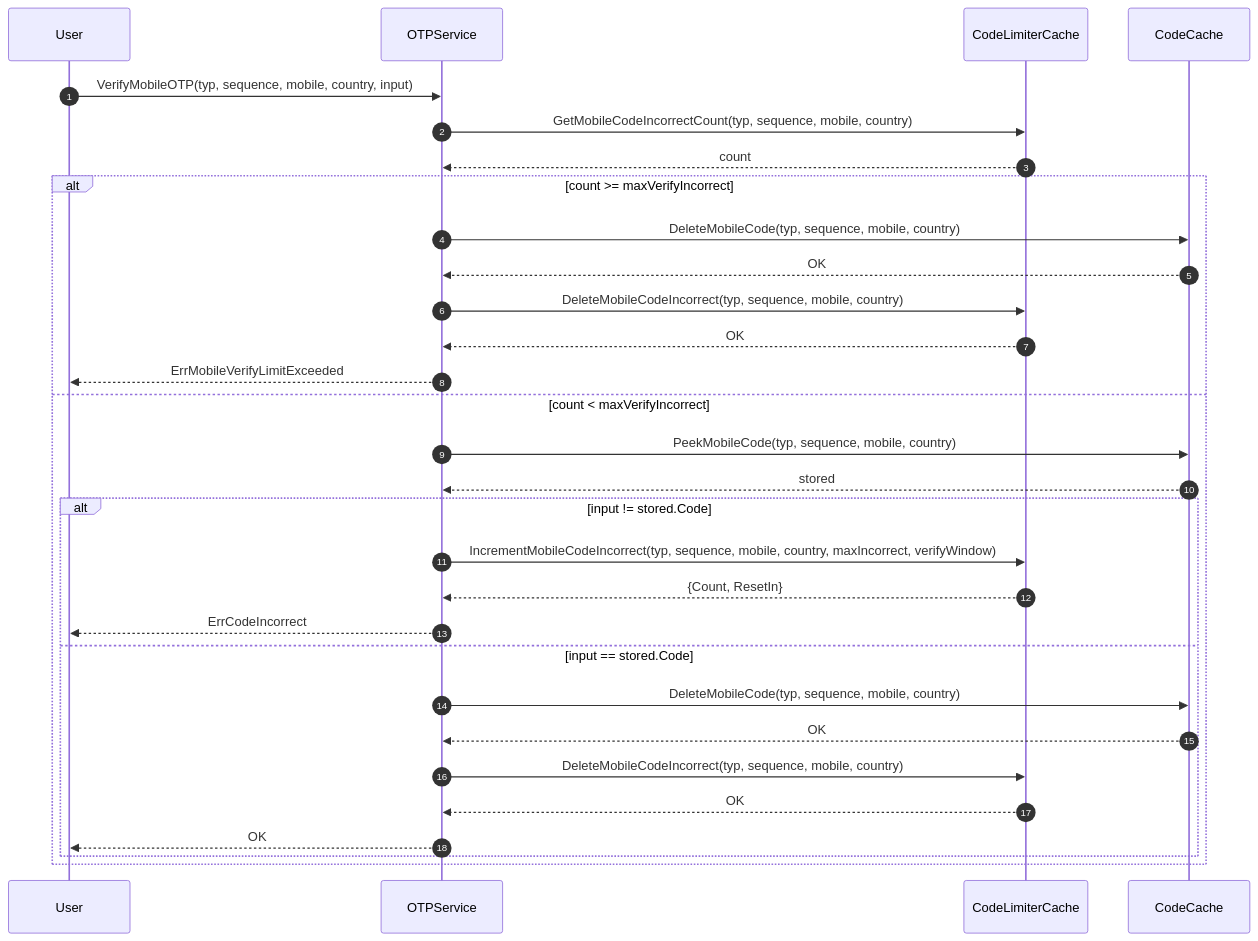
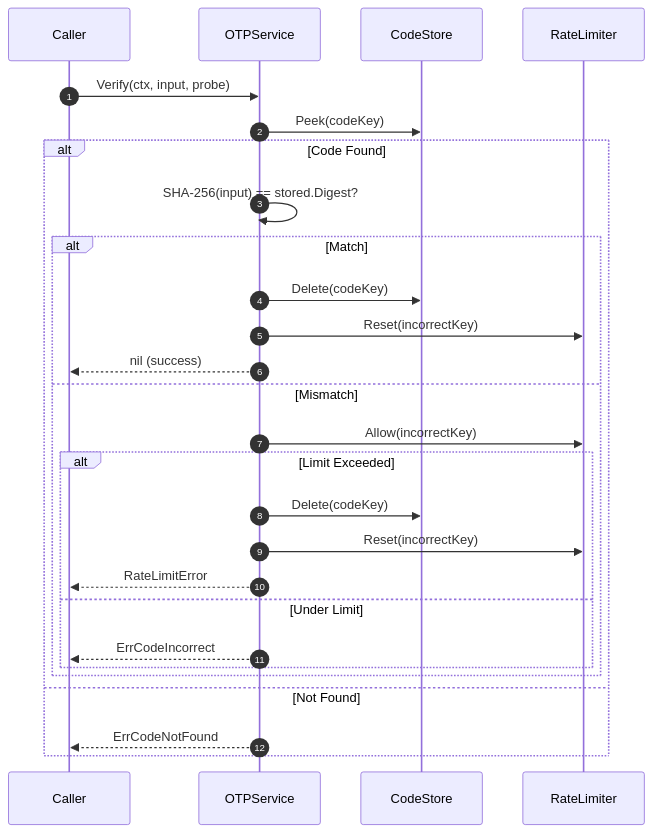
Before and after one commit to crypto-zero/go-biz: the second of 2 diagrams in verification/README.md, drawn with Mermaid. The commit also changed other lines of this file and 17 other files, not shown here.

````diff
--- a/verification/README.md
+++ b/verification/README.md
@@ -114,34 +99,30 @@
 ```mermaid
 sequenceDiagram
     autonumber
-    participant User
+    participant Caller
     participant OTPService
-    participant CodeLimiterCache
-    participant CodeCache
+    participant CodeStore
+    participant RateLimiter
 
-    User->>OTPService: VerifyMobileOTP(typ, sequence, mobile, country, input)
-    OTPService->>CodeLimiterCache: GetMobileCodeIncorrectCount(typ, sequence, mobile, country)
-    CodeLimiterCache-->>OTPService: count
-
-    alt count >= maxVerifyIncorrect
-        OTPService->>CodeCache: DeleteMobileCode(typ, sequence, mobile, country)
-        CodeCache-->>OTPService: OK
-        OTPService->>CodeLimiterCache: DeleteMobileCodeIncorrect(typ, sequence, mobile, country)
-        CodeLimiterCache-->>OTPService: OK
-        OTPService-->>User: ErrMobileVerifyLimitExceeded
-    else count < maxVerifyIncorrect
-        OTPService->>CodeCache: PeekMobileCode(typ, sequence, mobile, country)
-        CodeCache-->>OTPService: stored
-        alt input != stored.Code
-            OTPService->>CodeLimiterCache: IncrementMobileCodeIncorrect(typ, sequence, mobile, country, maxIncorrect, verifyWindow)
-            CodeLimiterCache-->>OTPService: {Count, ResetIn}
-            OTPService-->>User: ErrCodeIncorrect
-        else input == stored.Code
-            OTPService->>CodeCache: DeleteMobileCode(typ, sequence, mobile, country)
-            CodeCache-->>OTPService: OK
-            OTPService->>CodeLimiterCache: DeleteMobileCodeIncorrect(typ, sequence, mobile, country)
-            CodeLimiterCache-->>OTPService: OK
-            OTPService-->>User: OK
+    Caller->>OTPService: Verify(ctx, input, probe)
+    OTPService->>CodeStore: Peek(codeKey)
+    alt Code Found
+        OTPService->>OTPService: SHA-256(input) == stored.Digest?
+        alt Match
+            OTPService->>CodeStore: Delete(codeKey)
+            OTPService->>RateLimiter: Reset(incorrectKey)
+            OTPService-->>Caller: nil (success)
+        else Mismatch
+            OTPService->>RateLimiter: Allow(incorrectKey)
+            alt Limit Exceeded
+                OTPService->>CodeStore: Delete(codeKey)
+                OTPService->>RateLimiter: Reset(incorrectKey)
+                OTPService-->>Caller: RateLimitError
+            else Under Limit
+                OTPService-->>Caller: ErrCodeIncorrect
+            end
         end
+    else Not Found
+        OTPService-->>Caller: ErrCodeNotFound
     end
 ```
````
